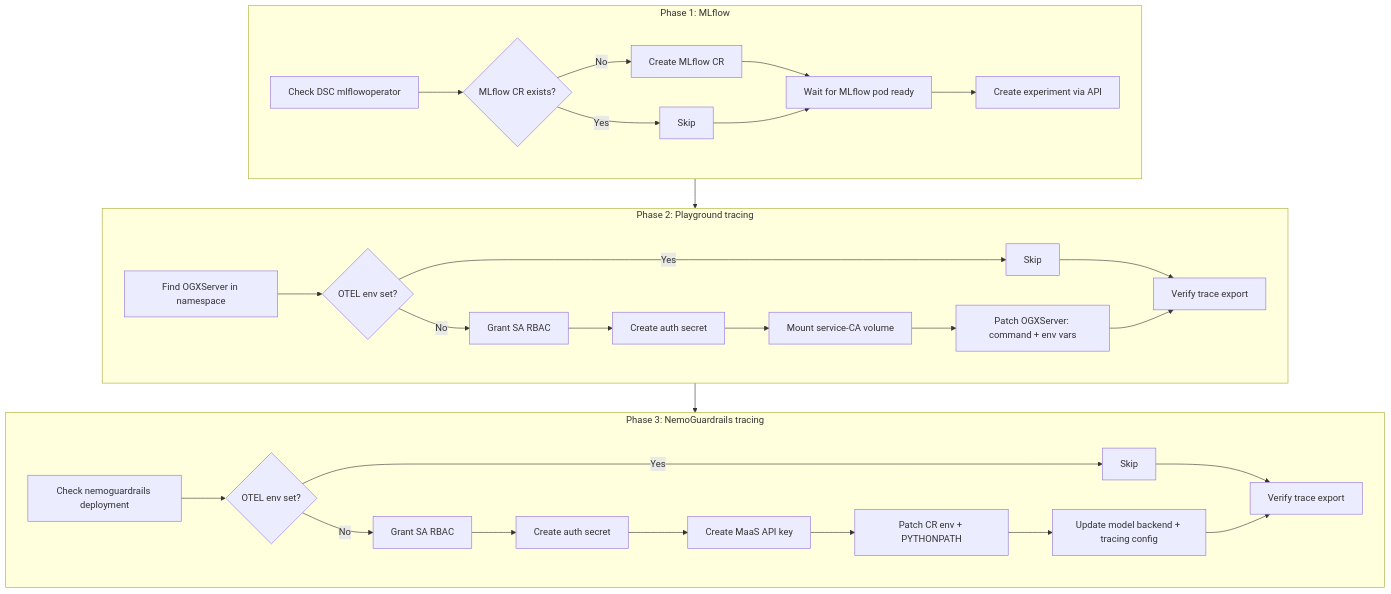
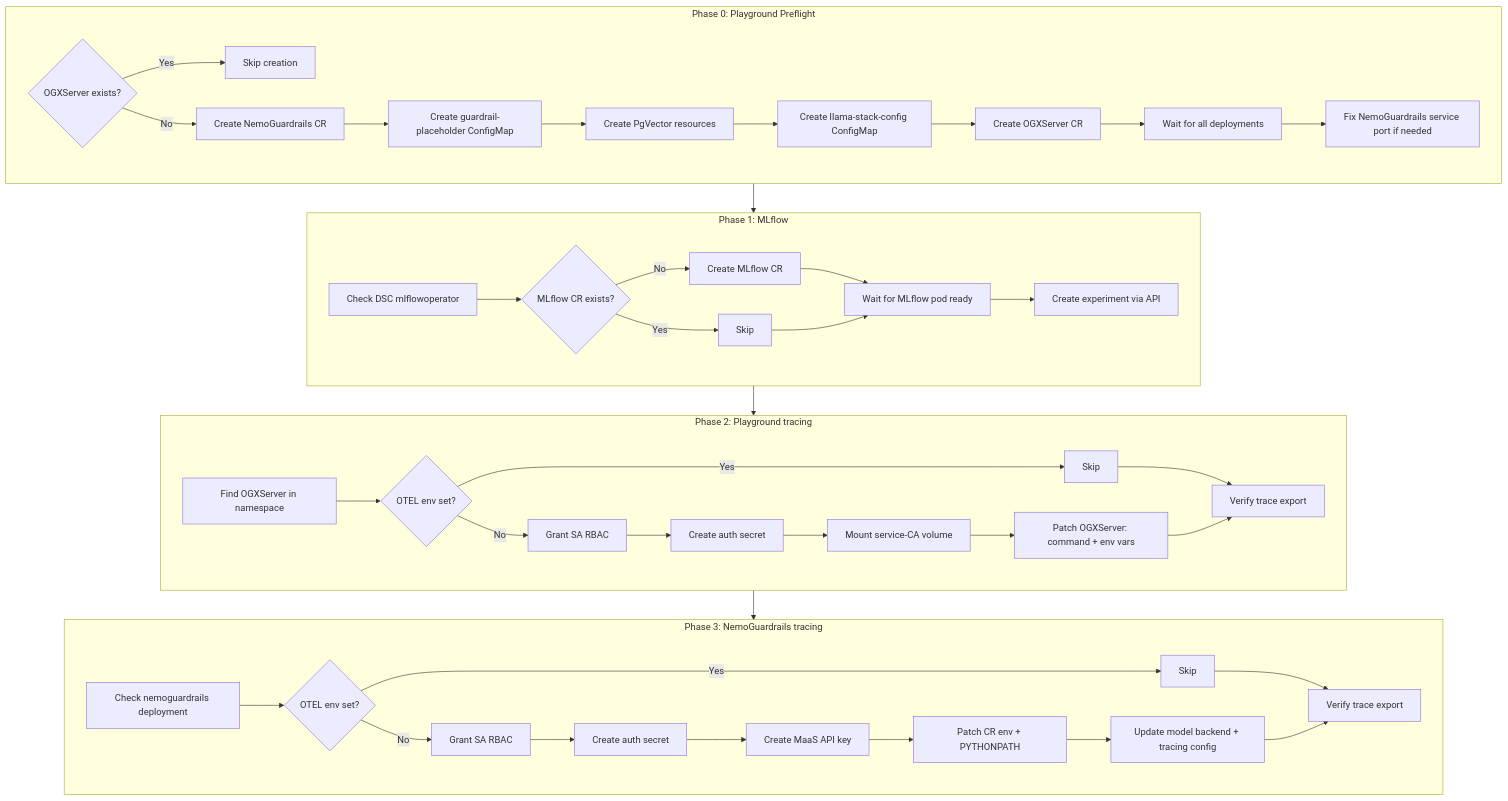
Before and after one commit to micytao/rhoai-demo-guide: the diagram in docs/mlflow-tracing-guide.md, drawn with Mermaid. The commit also changed other lines of this file and 4 other files, not shown here.

First line of the commit message:
feat: auto-create Playground if missing (Phase 0)

````diff
--- a/docs/mlflow-tracing-guide.md
+++ b/docs/mlflow-tracing-guide.md
@@ -43,34 +43,46 @@
 ```mermaid
 flowchart TD
+    subgraph phase0 [Phase 0: Playground Preflight]
+        Z0{OGXServer exists?}
+        Z0 -->|Yes| Z1[Skip creation]
+        Z0 -->|No| Z2[Create NemoGuardrails CR]
+        Z2 --> Z3[Create guardrail-placeholder ConfigMap]
+        Z3 --> Z4[Create PgVector resources]
+        Z4 --> Z5[Create llama-stack-config ConfigMap]
+        Z5 --> Z6[Create OGXServer CR]
+        Z6 --> Z7[Wait for all deployments]
+        Z7 --> Z8[Fix NemoGuardrails service port if needed]
+    end
     subgraph phase1 [Phase 1: MLflow]
         A[Check DSC mlflowoperator] --> B{MLflow CR exists?}
         B -->|No| C[Create MLflow CR]
         B -->|Yes| D[Skip]
         C --> E[Wait for MLflow pod ready]
         D --> E
         E --> F[Create experiment via API]
     end
     subgraph phase2 [Phase 2: Playground tracing]
         G[Find OGXServer in namespace] --> H{OTEL env set?}
         H -->|No| I[Grant SA RBAC]
         H -->|Yes| K[Skip]
         I --> J[Create auth secret]
         J --> L[Mount service-CA volume]
         L --> M[Patch OGXServer: command + env vars]
         K --> N[Verify trace export]
         M --> N
     end
     subgraph phase3 [Phase 3: NemoGuardrails tracing]
         O[Check nemoguardrails deployment] --> P{OTEL env set?}
         P -->|No| Q[Grant SA RBAC]
         P -->|Yes| S[Skip]
         Q --> R[Create auth secret]
         R --> R2[Create MaaS API key]
         R2 --> T[Patch CR env + PYTHONPATH]
         T --> T2[Update model backend + tracing config]
         S --> U[Verify trace export]
         T2 --> U
     end
+    phase0 --> phase1
     phase1 --> phase2
     phase2 --> phase3
 ```
````
